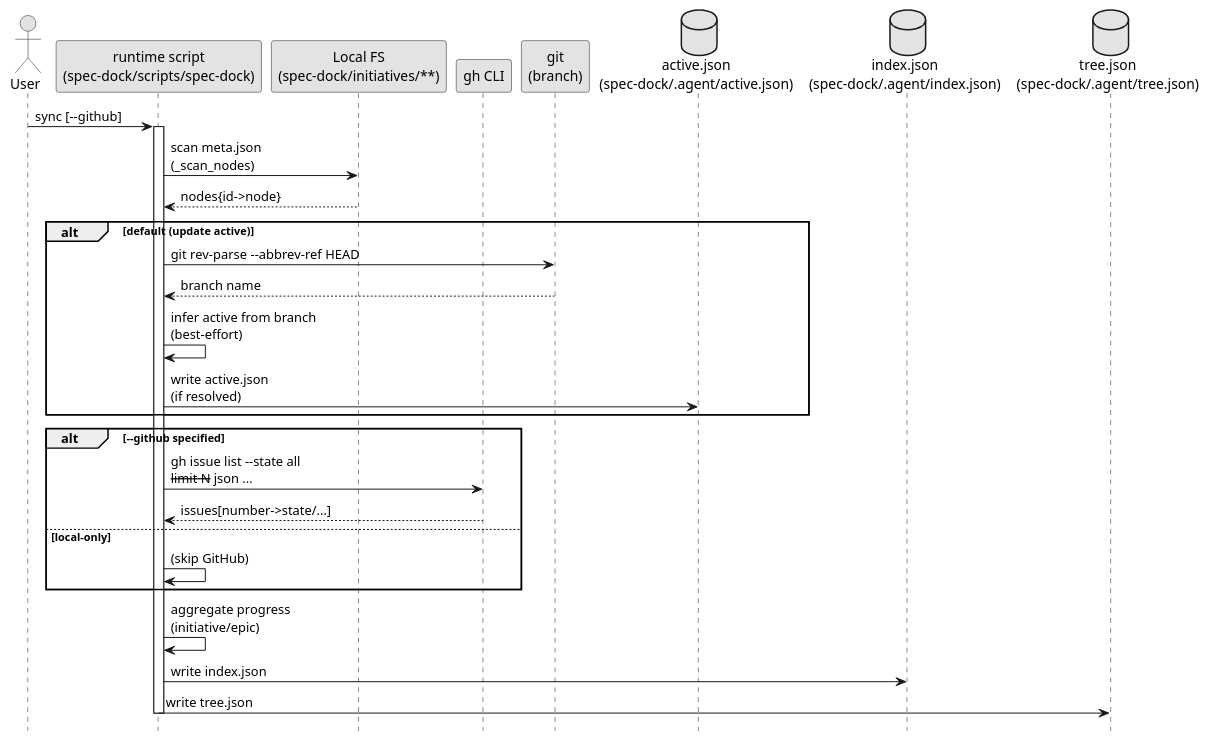
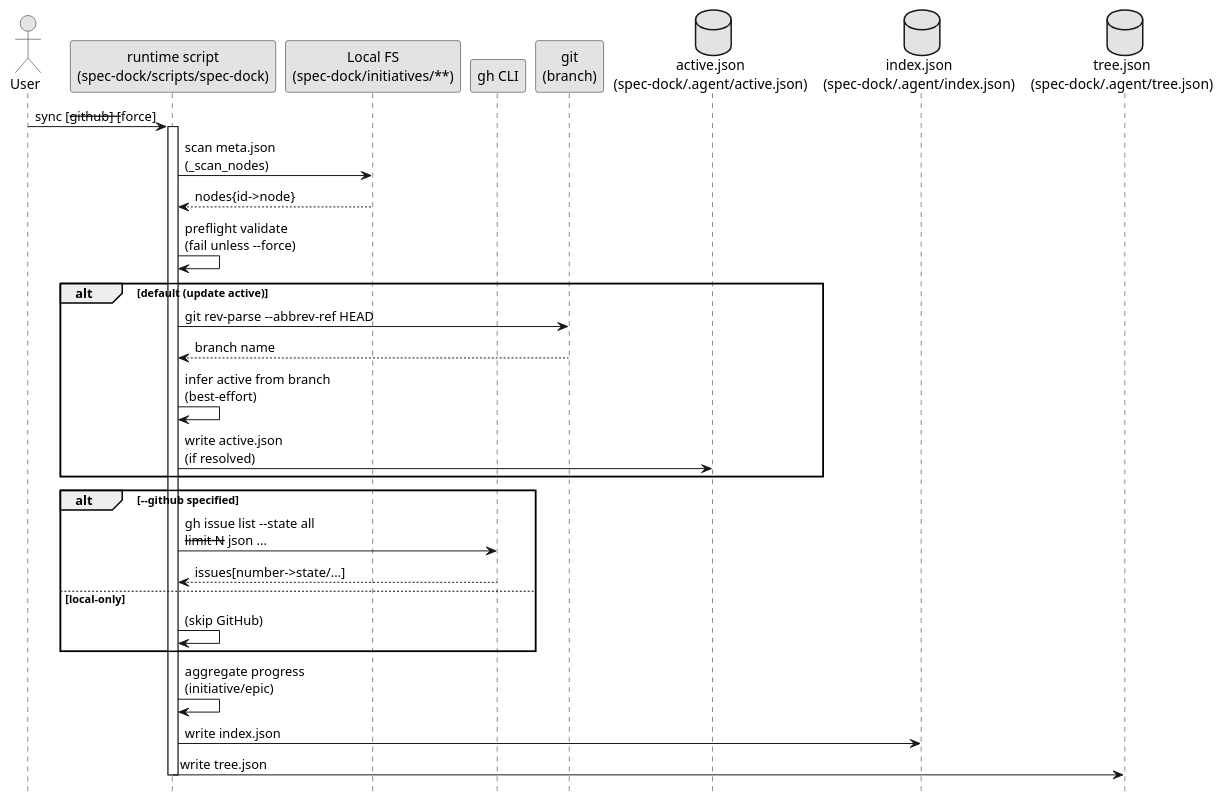
Before and after one commit to chemitaro/spec-dock: the diagram in src/spec_dock/assets/spec_dock/docs/sync.md, drawn with PlantUML. The commit also changed other lines of this file and 2 other files, not shown here.

First line of the commit message:
feat(sync): preflight validate 失敗時に --force 指定で継続

````diff
--- a/src/spec_dock/assets/spec_dock/docs/sync.md
+++ b/src/spec_dock/assets/spec_dock/docs/sync.md
@@ -49,41 +51,43 @@
 ```plantuml
 @startuml
 skinparam monochrome true
 hide footbox
 
 actor User
 participant "runtime script\n(spec-dock/scripts/spec-dock)" as Script
 participant "Local FS\n(spec-dock/initiatives/**)" as FS
 participant "gh CLI" as GH
 participant "git\n(branch)" as Git
 database "active.json\n(spec-dock/.agent/active.json)" as Active
 database "index.json\n(spec-dock/.agent/index.json)" as State
 database "tree.json\n(spec-dock/.agent/tree.json)" as Tree
 
-User -> Script: sync [--github]
+User -> Script: sync [--github] [--force]
 activate Script
 
 Script -> FS: scan meta.json\n(_scan_nodes)
 FS --> Script: nodes{id->node}
+
+Script -> Script: preflight validate\n(fail unless --force)
 
 alt default (update active)
   Script -> Git: git rev-parse --abbrev-ref HEAD
   Git --> Script: branch name
   Script -> Script: infer active from branch\n(best-effort)
   Script -> Active: write active.json\n(if resolved)
 end
 
 alt --github specified
   Script -> GH: gh issue list --state all\n--limit N --json ...
   GH --> Script: issues[number->state/...]
 else local-only
   Script -> Script: (skip GitHub)
 end
 
 Script -> Script: aggregate progress\n(initiative/epic)
 Script -> State: write index.json
 Script -> Tree: write tree.json
 
 deactivate Script
 @enduml
 ```
````
